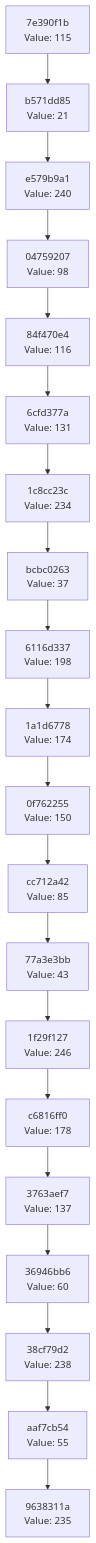
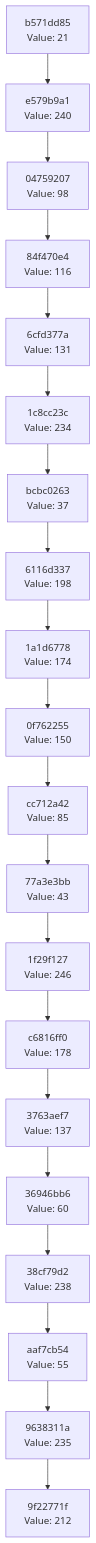
One commit to Abhisheksinha1506/hash-chain-evolver changed the diagram in docs/CHAIN_VISUALIZATION.md. Above: the diagram before and after it, drawn with Mermaid. The commit also changed 3 other files, not shown here.

````diff
--- a/docs/CHAIN_VISUALIZATION.md
+++ b/docs/CHAIN_VISUALIZATION.md
@@ -3,42 +3,42 @@
 ```mermaid
 graph TD
-    C0["9638311a<br/>Value: 235"]
-    C1["aaf7cb54<br/>Value: 55"]
+    C0["9f22771f<br/>Value: 212"]
+    C1["9638311a<br/>Value: 235"]
     C1 --> C0
-    C2["38cf79d2<br/>Value: 238"]
+    C2["aaf7cb54<br/>Value: 55"]
     C2 --> C1
-    C3["36946bb6<br/>Value: 60"]
+    C3["38cf79d2<br/>Value: 238"]
     C3 --> C2
-    C4["3763aef7<br/>Value: 137"]
+    C4["36946bb6<br/>Value: 60"]
     C4 --> C3
-    C5["c6816ff0<br/>Value: 178"]
+    C5["3763aef7<br/>Value: 137"]
     C5 --> C4
-    C6["1f29f127<br/>Value: 246"]
+    C6["c6816ff0<br/>Value: 178"]
     C6 --> C5
-    C7["77a3e3bb<br/>Value: 43"]
+    C7["1f29f127<br/>Value: 246"]
     C7 --> C6
-    C8["cc712a42<br/>Value: 85"]
+    C8["77a3e3bb<br/>Value: 43"]
     C8 --> C7
-    C9["0f762255<br/>Value: 150"]
+    C9["cc712a42<br/>Value: 85"]
     C9 --> C8
-    C10["1a1d6778<br/>Value: 174"]
+    C10["0f762255<br/>Value: 150"]
     C10 --> C9
-    C11["6116d337<br/>Value: 198"]
+    C11["1a1d6778<br/>Value: 174"]
     C11 --> C10
-    C12["bcbc0263<br/>Value: 37"]
+    C12["6116d337<br/>Value: 198"]
     C12 --> C11
-    C13["1c8cc23c<br/>Value: 234"]
+    C13["bcbc0263<br/>Value: 37"]
     C13 --> C12
-    C14["6cfd377a<br/>Value: 131"]
+    C14["1c8cc23c<br/>Value: 234"]
     C14 --> C13
-    C15["84f470e4<br/>Value: 116"]
+    C15["6cfd377a<br/>Value: 131"]
     C15 --> C14
-    C16["04759207<br/>Value: 98"]
+    C16["84f470e4<br/>Value: 116"]
     C16 --> C15
-    C17["e579b9a1<br/>Value: 240"]
+    C17["04759207<br/>Value: 98"]
     C17 --> C16
-    C18["b571dd85<br/>Value: 21"]
+    C18["e579b9a1<br/>Value: 240"]
     C18 --> C17
-    C19["7e390f1b<br/>Value: 115"]
+    C19["b571dd85<br/>Value: 21"]
     C19 --> C18
 ```
````
